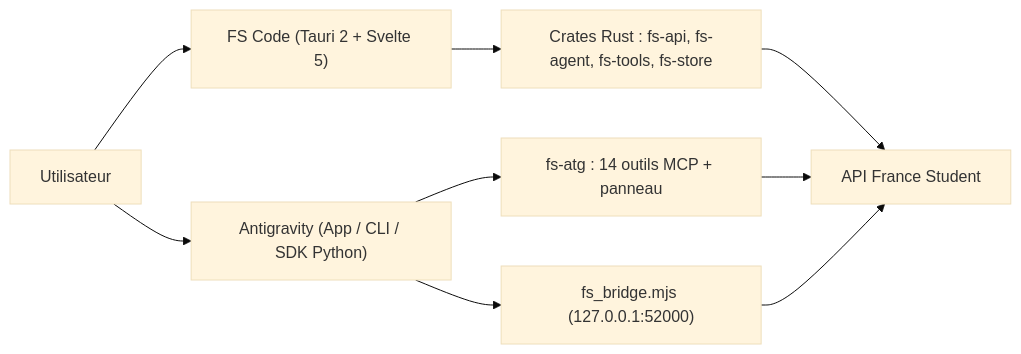
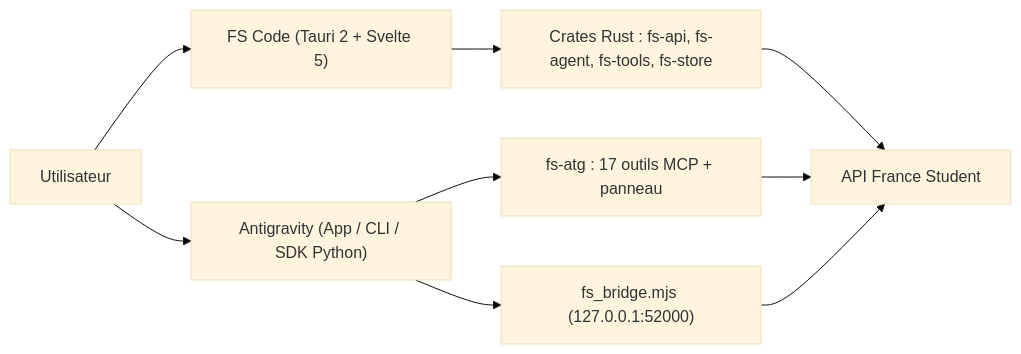
Before and after one commit to NoRushJustCat/FranceStudent_Desktop: the diagram in README.md, drawn with Mermaid (base theme). The commit also changed other lines of this file and 13 other files, not shown here.

Commit message:
feat(fs-atg,app): routage par spécialité + économie Opus, 17 outils MCP, historique complet et presets MCP

````diff
--- a/README.md
+++ b/README.md
@@ -83,13 +83,13 @@
 ```mermaid
 flowchart LR
   U["Utilisateur"] --> FS["FS Code (Tauri 2 + Svelte 5)"]
   U --> AG["Antigravity (App / CLI / SDK Python)"]
 
   FS --> CR["Crates Rust : fs-api, fs-agent, fs-tools, fs-store"]
   CR --> API["API France Student"]
 
-  AG --> ATG["fs-atg : 14 outils MCP + panneau"]
+  AG --> ATG["fs-atg : 17 outils MCP + panneau"]
   AG --> BR["fs_bridge.mjs (127.0.0.1:52000)"]
   ATG --> API
   BR --> API
 ```
````
